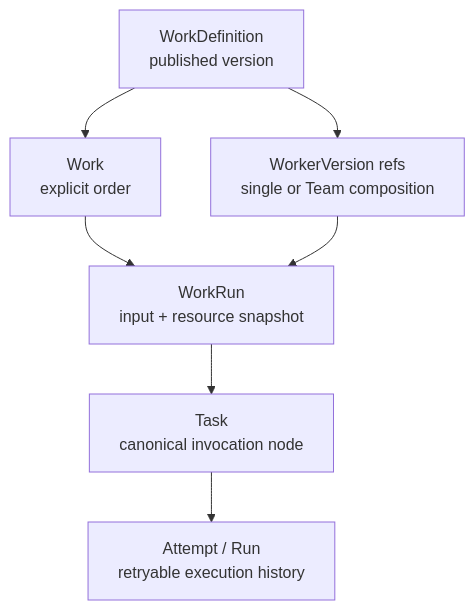
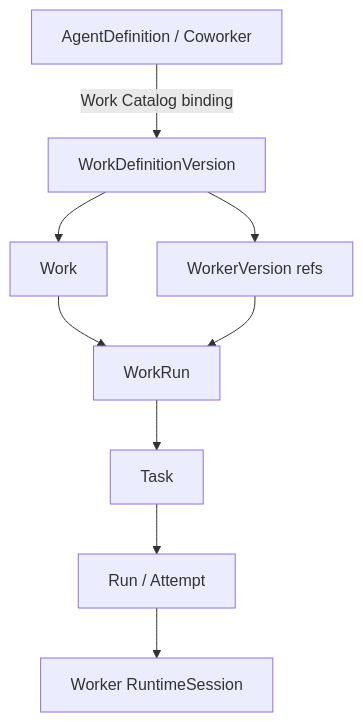
One commit to atomlink-ye/agent-server changed the diagram in docs/features/coworker-worker-semantic-split.md. Above: the diagram before and after it, drawn with Mermaid. The commit also changed other lines of this file and 60 other files, not shown here.

First line of the commit message:
Close Coworker / Worker semantics across scope, contracts, migrations, and Web (#119)

````diff
--- a/docs/features/coworker-worker-semantic-split.md
+++ b/docs/features/coworker-worker-semantic-split.md
@@ -66,9 +52,11 @@
 ```mermaid
 flowchart TD
-    WD[WorkDefinition<br/>published version] --> W[Work<br/>explicit order]
-    WD --> WV[WorkerVersion refs<br/>single or Team composition]
-    W --> WR[WorkRun<br/>input + resource snapshot]
-    WR --> T[Task<br/>canonical invocation node]
-    T --> A[Attempt / Run<br/>retryable execution history]
+    A[AgentDefinition / Coworker] -->|Work Catalog binding| WD[WorkDefinitionVersion]
+    WD --> WV[WorkerVersion refs]
+    WD --> W[Work]
+    W --> WR[WorkRun]
     WV --> WR
+    WR --> T[Task]
+    T --> R[Run / Attempt]
+    R --> RS[Worker RuntimeSession]
 ```
````
